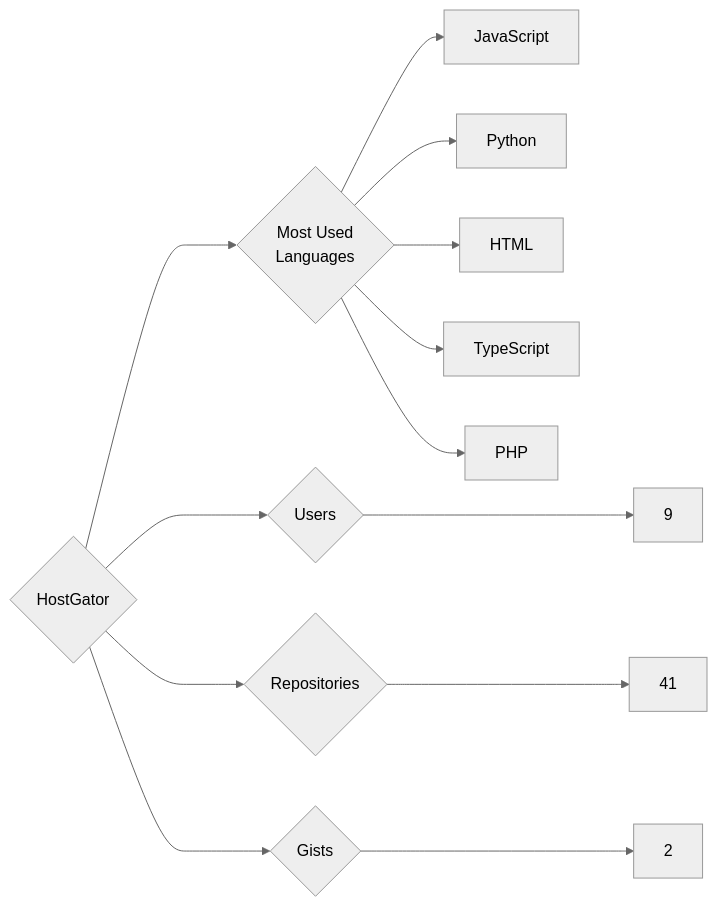
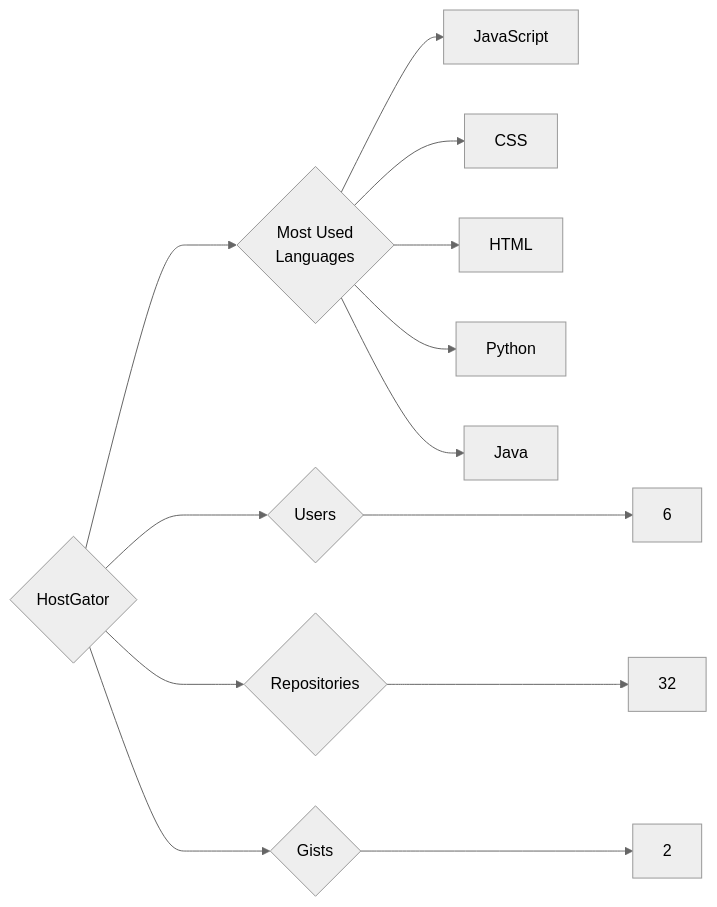
The diagram in targets/HostGator/README.md (trickest/insiders), drawn with Mermaid (neutral theme) before and after one commit. The commit also changed 1166 other files, not shown here.

````diff
--- a/targets/HostGator/README.md
+++ b/targets/HostGator/README.md
@@ -3,13 +3,13 @@
 ```mermaid
 graph LR
 COMPANY_NAME{HostGator}
-COMPANY_NAME ---> U{Users} ---> UN[9]
-COMPANY_NAME ---> R{Repositories} ---> RN[41]
+COMPANY_NAME ---> U{Users} ---> UN[6]
+COMPANY_NAME ---> R{Repositories} ---> RN[32]
 COMPANY_NAME ---> G{Gists} ---> GN[2]
 COMPANY_NAME ---> ML{Most Used<br>Languages}
 ML --> JavaScript[JavaScript]
+ML --> CSS[CSS]
+ML --> HTML[HTML]
 ML --> Python[Python]
-ML --> HTML[HTML]
-ML --> TypeScript[TypeScript]
-ML --> PHP[PHP]
+ML --> Java[Java]
 ```
````
